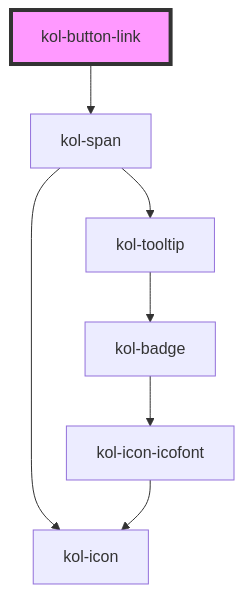
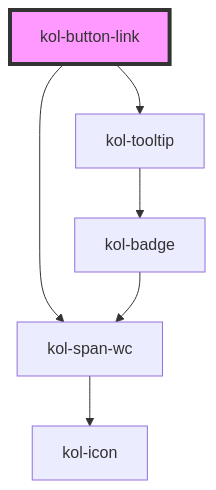
One commit to public-ui/kolibri changed the diagram in packages/library/src/components/button-link/readme.md. Above: the diagram before and after it, drawn with Mermaid. The commit also changed other lines of this file and 34 other files, not shown here.

````diff
--- a/packages/library/src/components/button-link/readme.md
+++ b/packages/library/src/components/button-link/readme.md
@@ -32,10 +34,9 @@
 ```mermaid
 graph TD;
-  kol-button-link --> kol-span
-  kol-span --> kol-icon
-  kol-span --> kol-tooltip
+  kol-button-link --> kol-span-wc
+  kol-button-link --> kol-tooltip
+  kol-span-wc --> kol-icon
   kol-tooltip --> kol-badge
-  kol-badge --> kol-icon-icofont
-  kol-icon-icofont --> kol-icon
+  kol-badge --> kol-span-wc
   style kol-button-link fill:#f9f,stroke:#333,stroke-width:4px
 ```
````
